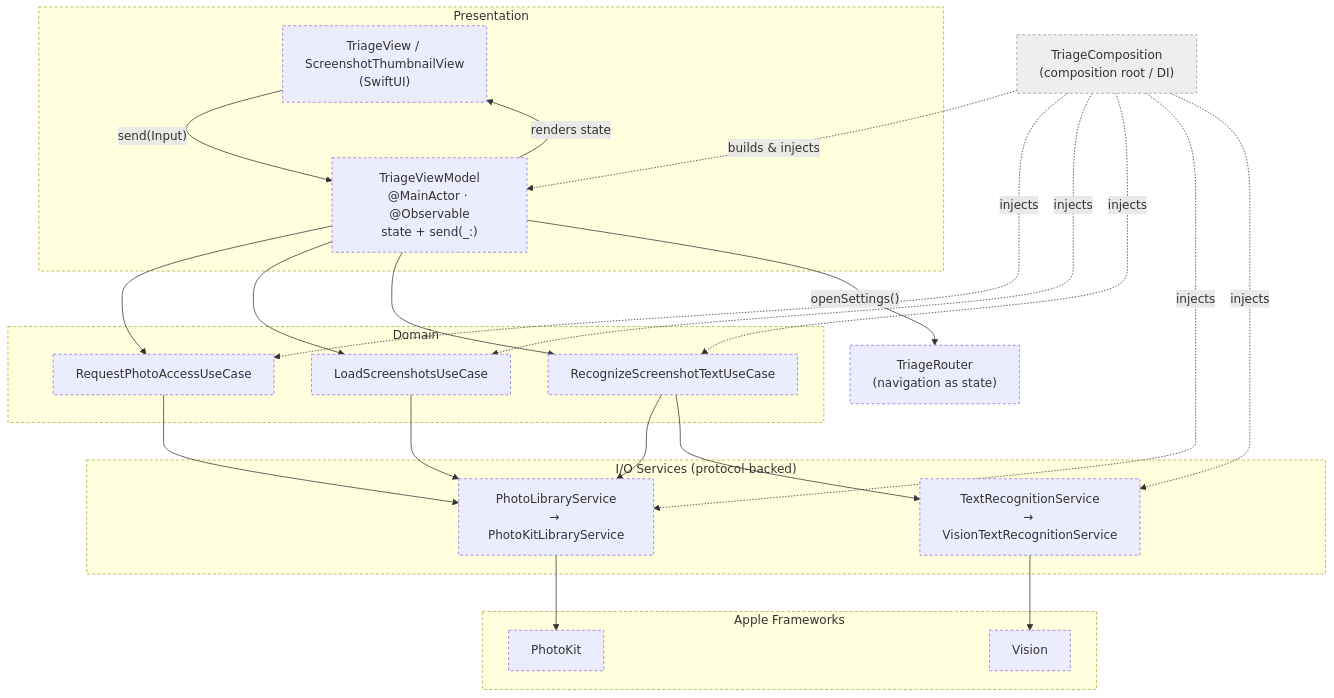
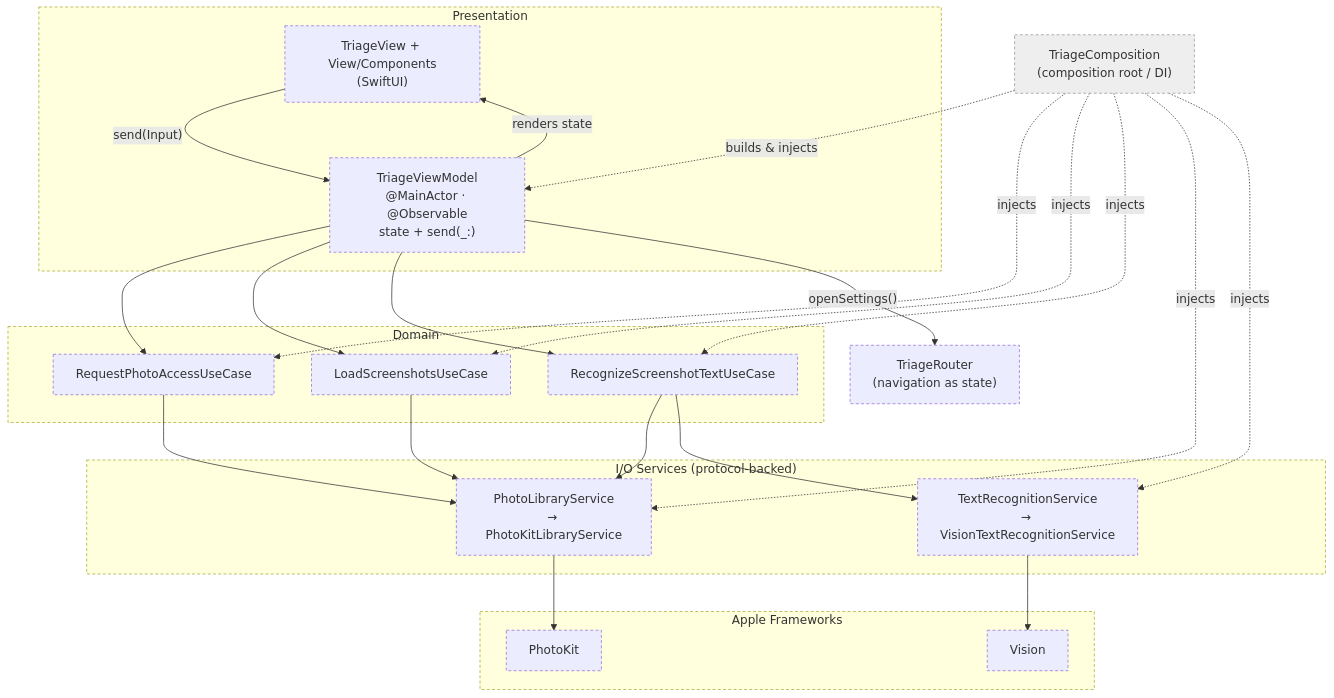
Before and after one commit to VishwaiOSDev/SnapTriage: the diagram in README.md, drawn with Mermaid. The commit also changed other lines of this file and 1 other file, not shown here.

````diff
--- a/README.md
+++ b/README.md
@@ -113,43 +130,43 @@
 ```mermaid
 flowchart TD
     subgraph Presentation
-        V["TriageView / ScreenshotThumbnailView<br/>(SwiftUI)"]
+        V["TriageView + View/Components<br/>(SwiftUI)"]
         VM["TriageViewModel<br/>@MainActor · @Observable<br/>state + send(_:)"]
     end
 
     subgraph Domain
         UC1["RequestPhotoAccessUseCase"]
         UC2["LoadScreenshotsUseCase"]
         UC3["RecognizeScreenshotTextUseCase"]
     end
 
     subgraph IO_Services["I/O Services (protocol-backed)"]
         S1["PhotoLibraryService<br/>→ PhotoKitLibraryService"]
         S2["TextRecognitionService<br/>→ VisionTextRecognitionService"]
     end
 
     subgraph Platform["Apple Frameworks"]
         P1["PhotoKit"]
         P2["Vision"]
     end
 
     R["TriageRouter<br/>(navigation as state)"]
     COMP["TriageComposition<br/>(composition root / DI)"]
 
     V -- "send(Input)" --> VM
     VM -- "renders state" --> V
     VM --> UC1 & UC2 & UC3
     VM -- "openSettings()" --> R
     UC1 --> S1
     UC2 --> S1
     UC3 --> S1
     UC3 --> S2
     S1 --> P1
     S2 --> P2
 
     COMP -. "builds & injects" .-> VM
     COMP -. injects .-> UC1 & UC2 & UC3 & S1 & S2
 
     classDef root fill:#eee,stroke:#999,stroke-dasharray:4 3;
     class COMP root;
 ```
````
